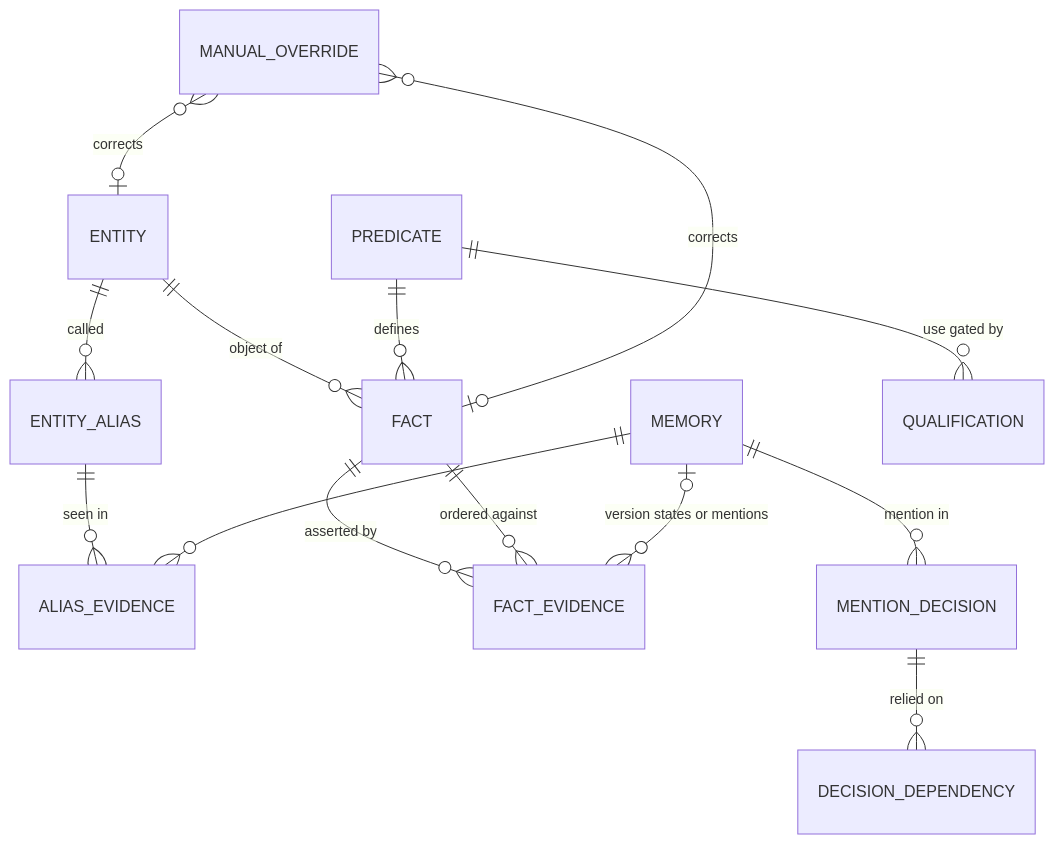
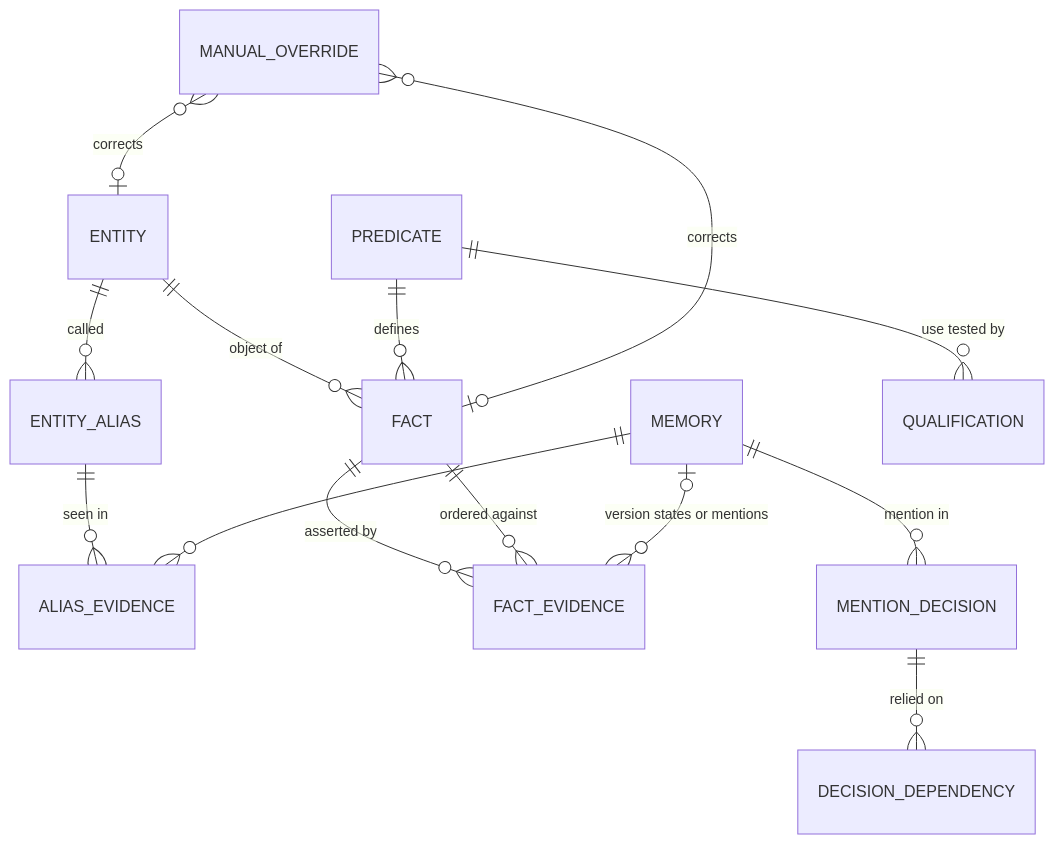
Before and after one commit to bereciartua/funes-vault-app: the second of 5 diagrams in spec/domain/domain-model.md, drawn with Mermaid. The commit also changed other lines of this file and 37 other files, not shown here.

````diff
--- a/spec/domain/domain-model.md
+++ b/spec/domain/domain-model.md
@@ -222,16 +222,16 @@
 ```mermaid
 erDiagram
     ENTITY ||--o{ ENTITY_ALIAS : "called"
     ENTITY_ALIAS ||--o{ ALIAS_EVIDENCE : "seen in"
     ENTITY ||--o{ FACT : "object of"
     PREDICATE ||--o{ FACT : "defines"
     FACT ||--o{ FACT_EVIDENCE : "asserted by"
     FACT ||--o{ FACT_EVIDENCE : "ordered against"
     MEMORY |o--o{ FACT_EVIDENCE : "version states or mentions"
     MEMORY ||--o{ ALIAS_EVIDENCE : ""
     MEMORY ||--o{ MENTION_DECISION : "mention in"
     MENTION_DECISION ||--o{ DECISION_DEPENDENCY : "relied on"
     MANUAL_OVERRIDE }o--o| ENTITY : "corrects"
     MANUAL_OVERRIDE }o--o| FACT : "corrects"
-    PREDICATE ||--o{ QUALIFICATION : "use gated by"
+    PREDICATE ||--o{ QUALIFICATION : "use tested by"
 ```
````
